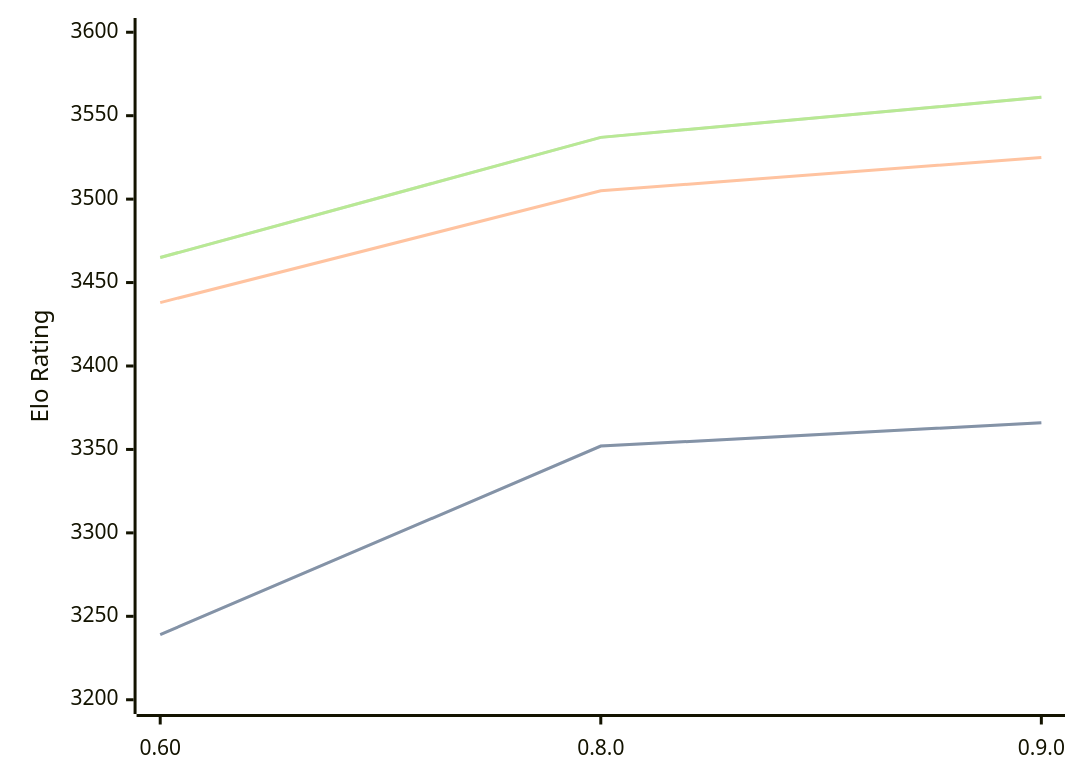
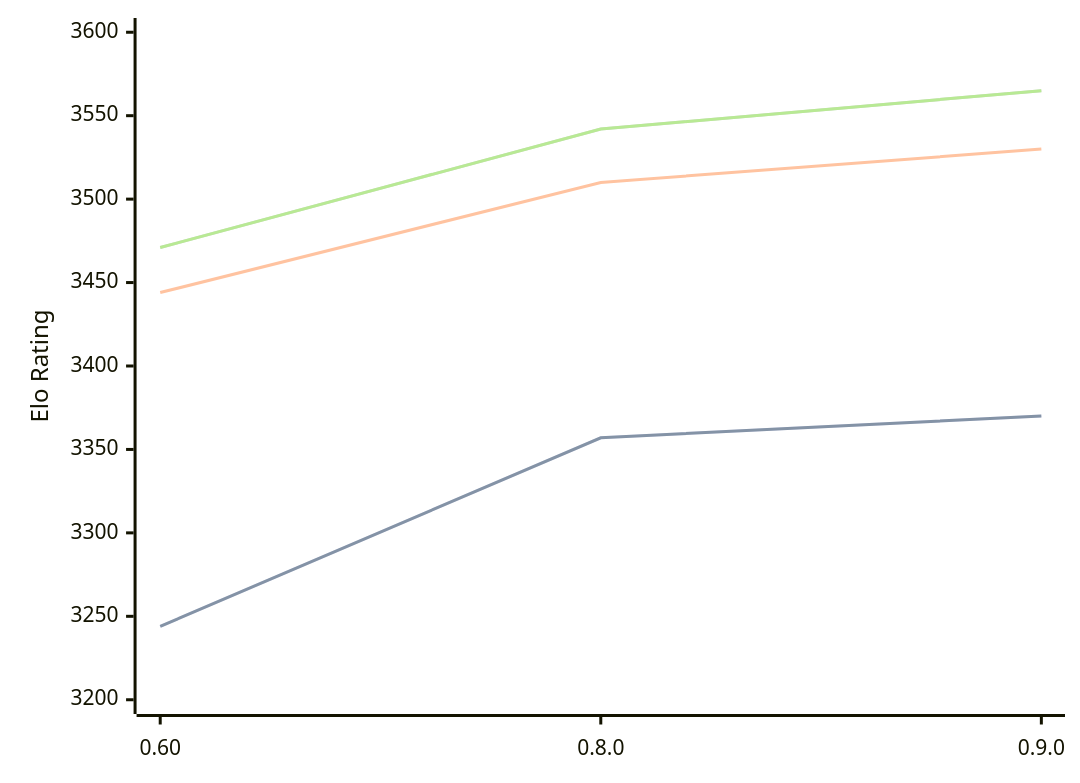
The diagram in engines/Motor.md (computer-chess-index/cci), drawn with Mermaid before and after one commit. The commit also changed other lines of this file, not shown here.

Commit message:
Update CCI Ratings (ELO VLTC) - 2026-04-14

````diff
--- a/engines/Motor.md
+++ b/engines/Motor.md
@@ -39,11 +39,11 @@
 ```mermaid
 %%{init: {"theme":"base","themeVariables":{"seriesColors:['#a3a3a3','#222221','#faa371']}}}%%
 xychart-beta
   x-axis ["0.60", "0.8.0", "0.9.0"]
   y-axis "Elo Rating" 3200 --> 3600
-  line "STC (8.0+0.08s)" [3239, 3352, 3366]
-  line "STC (8.0+0.08s)" [3239, 3352, 3366]
-  line "LTC (60.0+0.60s)" [3438, 3505, 3525]
-  line "VLTC (2m24s+1.12s)" [3465, 3537, 3561]
-  line "VLTC (2m24s+1.12s)" [3465, 3537, 3561]
+  line "STC (8.0+0.08s)" [3244, 3357, 3370]
+  line "STC (8.0+0.08s)" [3244, 3357, 3370]
+  line "LTC (60.0+0.60s)" [3444, 3510, 3530]
+  line "VLTC (2m24s+1.12s)" [3471, 3542, 3565]
+  line "VLTC (2m24s+1.12s)" [3471, 3542, 3565]
 ```
````
